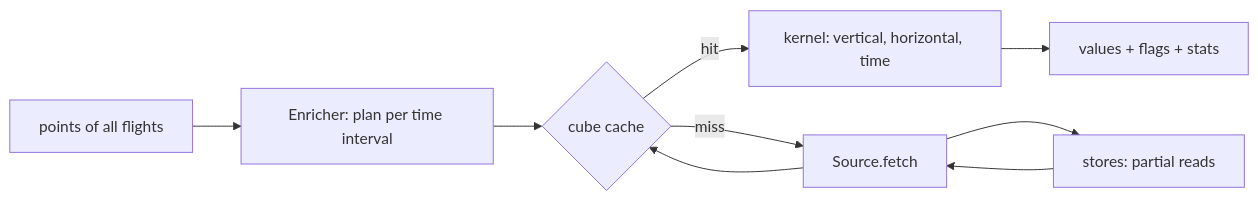
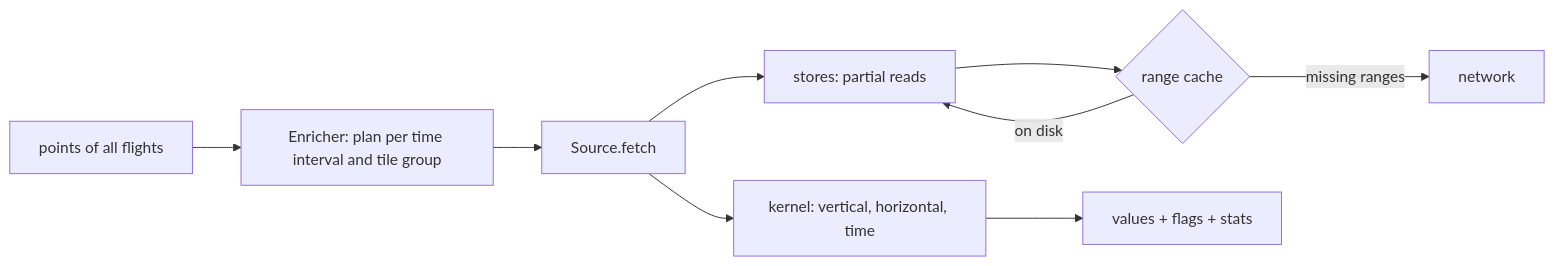
The diagram in packages/barograph-met/docs/explanation/architecture.md (eurocontrol-asu/barograph), drawn with Mermaid before and after one commit. The commit also changed other lines of this file and 33 other files, not shown here.

First line of the commit message:
feat(met)!: cache byte ranges and split time slices along the source tiling

````diff
--- a/packages/barograph-met/docs/explanation/architecture.md
+++ b/packages/barograph-met/docs/explanation/architecture.md
@@ -3,10 +3,11 @@
 ```mermaid
 flowchart LR
-    P[points of all flights] --> E[Enricher: plan per time interval]
-    E --> C{cube cache}
-    C -- hit --> K[kernel: vertical, horizontal, time]
-    C -- miss --> S[Source.fetch]
+    P[points of all flights] --> E[Enricher: plan per time interval and tile group]
+    E --> S[Source.fetch]
     S --> ST[stores: partial reads]
-    ST --> S --> C
+    ST --> RC{range cache}
+    RC -- on disk --> ST
+    RC -- missing ranges --> N[network]
+    S --> K[kernel: vertical, horizontal, time]
     K --> R[values + flags + stats]
 ```
````
